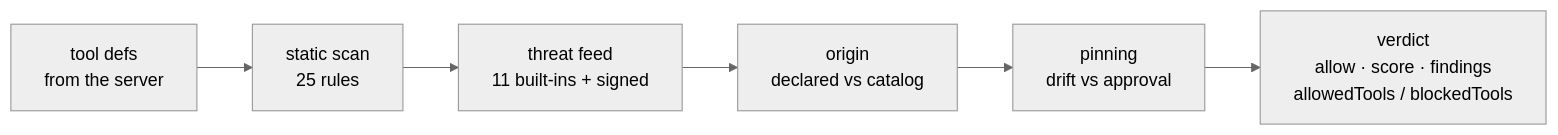
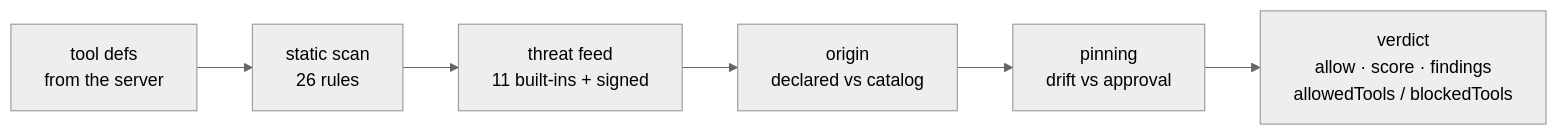
One commit to alexar76/warden changed the diagram in README.md. Above: the diagram before and after it, drawn with Mermaid (neutral theme). The commit also changed other lines of this file and 22 other files, not shown here.

````diff
--- a/README.md
+++ b/README.md
@@ -146,8 +146,8 @@
 ```mermaid
 flowchart LR
-  T["tool defs<br/>from the server"] --> S["static scan<br/>25 rules"]
+  T["tool defs<br/>from the server"] --> S["static scan<br/>26 rules"]
   S --> F["threat feed<br/>11 built-ins + signed"]
   F --> O["origin<br/>declared vs catalog"]
   O --> P["pinning<br/>drift vs approval"]
   P --> V["verdict<br/>allow · score · findings<br/>allowedTools / blockedTools"]
 ```
````
